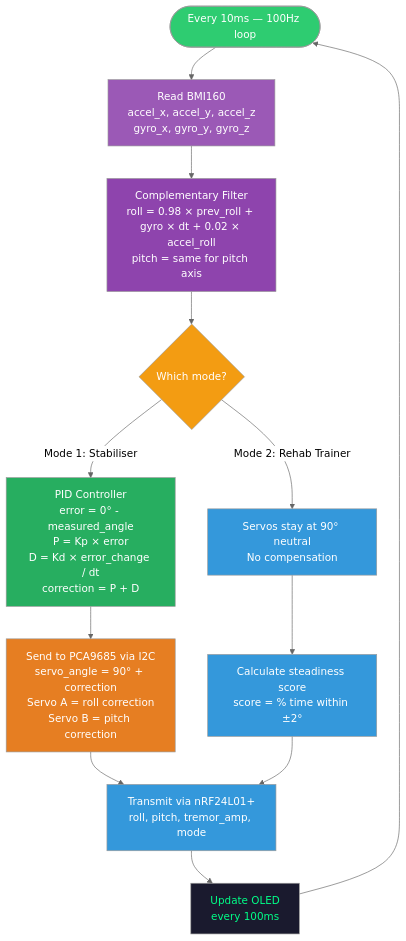
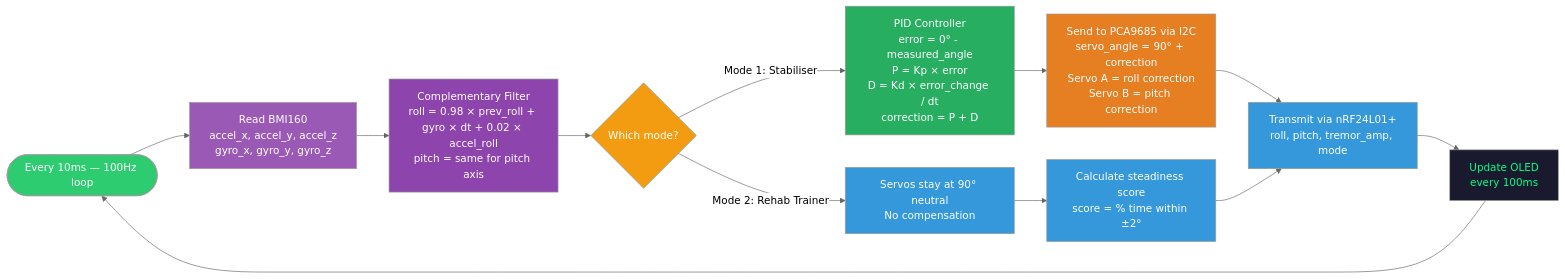
Before and after one commit to doyun-gu/hack-a-bot-2026: the second of 9 diagrams in docs/steadyhand-proposal.md, drawn with Mermaid (neutral theme). The commit also changed other lines of this file and 3 other files, not shown here.

First line of the commit message:
Switch all Mermaid diagrams to left-right (LR) layout

````diff
--- a/docs/steadyhand-proposal.md
+++ b/docs/steadyhand-proposal.md
@@ -89,28 +89,28 @@
 ```mermaid
-flowchart TD
+flowchart LR
     START([Every 10ms — 100Hz loop]) --> READ_IMU[Read BMI160<br/>accel_x, accel_y, accel_z<br/>gyro_x, gyro_y, gyro_z]
     READ_IMU --> FILTER[Complementary Filter<br/>roll = 0.98 × prev_roll + gyro × dt + 0.02 × accel_roll<br/>pitch = same for pitch axis]
     FILTER --> CHECK_MODE{Which mode?}
 
     CHECK_MODE -->|Mode 1: Stabiliser| PID_CALC[PID Controller<br/>error = 0° - measured_angle<br/>P = Kp × error<br/>D = Kd × error_change / dt<br/>correction = P + D]
     PID_CALC --> SERVO_CMD[Send to PCA9685 via I2C<br/>servo_angle = 90° + correction<br/>Servo A = roll correction<br/>Servo B = pitch correction]
     SERVO_CMD --> TX[Transmit via nRF24L01+<br/>roll, pitch, tremor_amp, mode]
 
     CHECK_MODE -->|Mode 2: Rehab Trainer| NO_SERVO[Servos stay at 90° neutral<br/>No compensation]
     NO_SERVO --> SCORE[Calculate steadiness score<br/>score = % time within ±2°]
     SCORE --> TX
 
     TX --> UPDATE_OLED[Update OLED<br/>every 100ms]
     UPDATE_OLED --> START
 
     style START fill:#2ecc71,color:#fff
     style READ_IMU fill:#9b59b6,color:#fff
     style FILTER fill:#8e44ad,color:#fff
     style CHECK_MODE fill:#f39c12,color:#fff
     style PID_CALC fill:#27ae60,color:#fff
     style SERVO_CMD fill:#e67e22,color:#fff
     style NO_SERVO fill:#3498db,color:#fff
     style SCORE fill:#3498db,color:#fff
     style TX fill:#3498db,color:#fff
     style UPDATE_OLED fill:#1a1a2e,color:#00ff88
 ```
````
